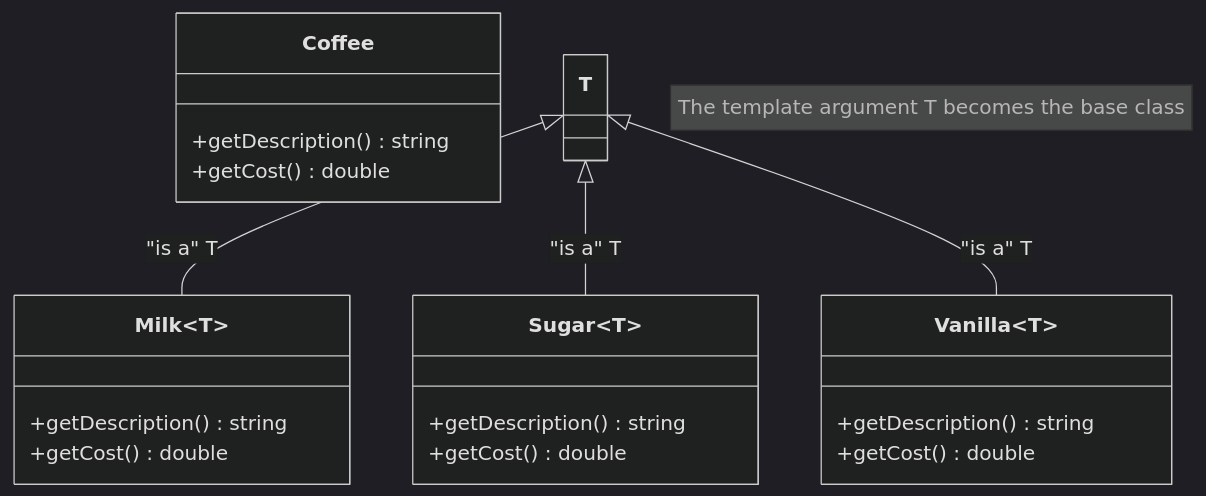
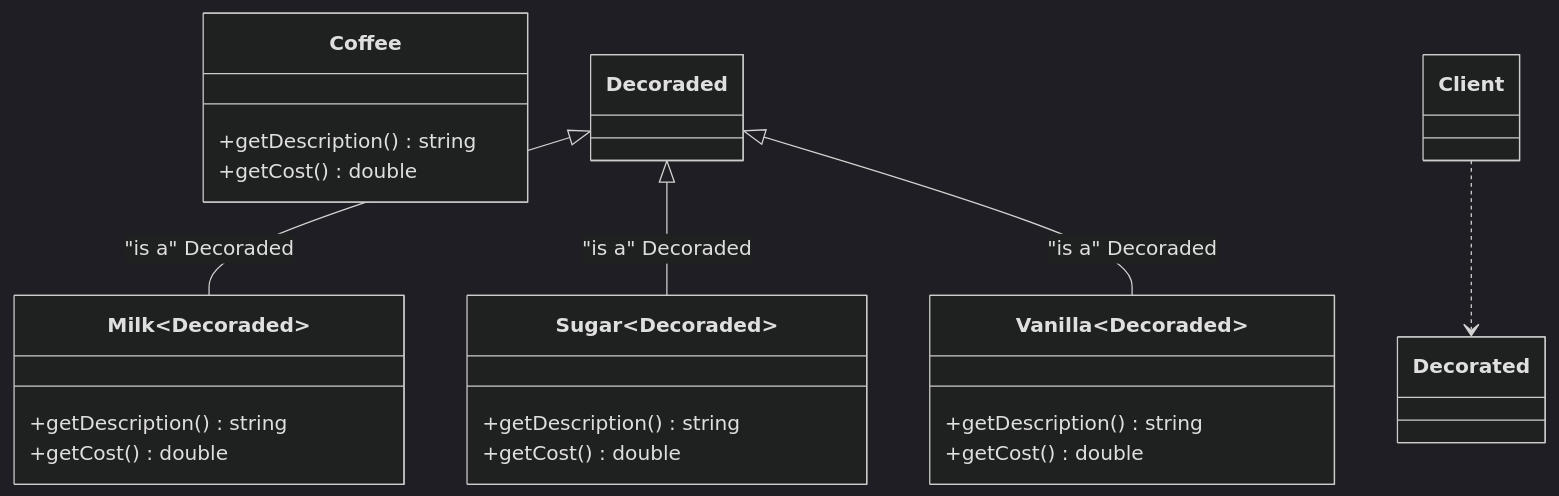
The diagram in 11_Decorator/03_Static_Mixin/diagram.md (Cichlidfishexigency721/Modern-CPP-Design-Patterns), drawn with Mermaid (dark theme) before and after one commit. The commit also changed 1 other file, not shown here.

Commit message:
UML improvement

````diff
--- a/11_Decorator/03_Static_Mixin/diagram.md
+++ b/11_Decorator/03_Static_Mixin/diagram.md
@@ -3,31 +3,32 @@
 ```mermaid
 classDiagram
    class Coffee {
       +getDescription() string
       +getCost() double
    }
 
-   class Milk~T~ {
+   class Milk~Decoraded~ {
       +getDescription() string
       +getCost() double
    }
 
-   class Sugar~T~ {
+   class Sugar~Decoraded~ {
       +getDescription() string
       +getCost() double
    }
 
-   class Vanilla~T~ {
+   class Vanilla~Decoraded~ {
       +getDescription() string
       +getCost() double
    }
 
-   %% In Static Decorator, the decorator inherits from the template parameter T.
+   %% In Static Decorator, the decorator inherits from the template parameter Decoraded.
    %% There is NO composition (*--) and NO multiplicity numbers.
    
-   T <|-- Milk~T~ : "is a" T
-   T <|-- Sugar~T~ : "is a" T
-   T <|-- Vanilla~T~ : "is a" T
+   Decoraded <|-- Milk~Decoraded~ : "is a" Decoraded
+   Decoraded <|-- Sugar~Decoraded~ : "is a" Decoraded
+   Decoraded <|-- Vanilla~Decoraded~ : "is a" Decoraded
 
-   note for Milk~T~ "The template argument T becomes the base class"
+%% Client instantiates concrete types
+   Client ..> Decorated
 ```
````
